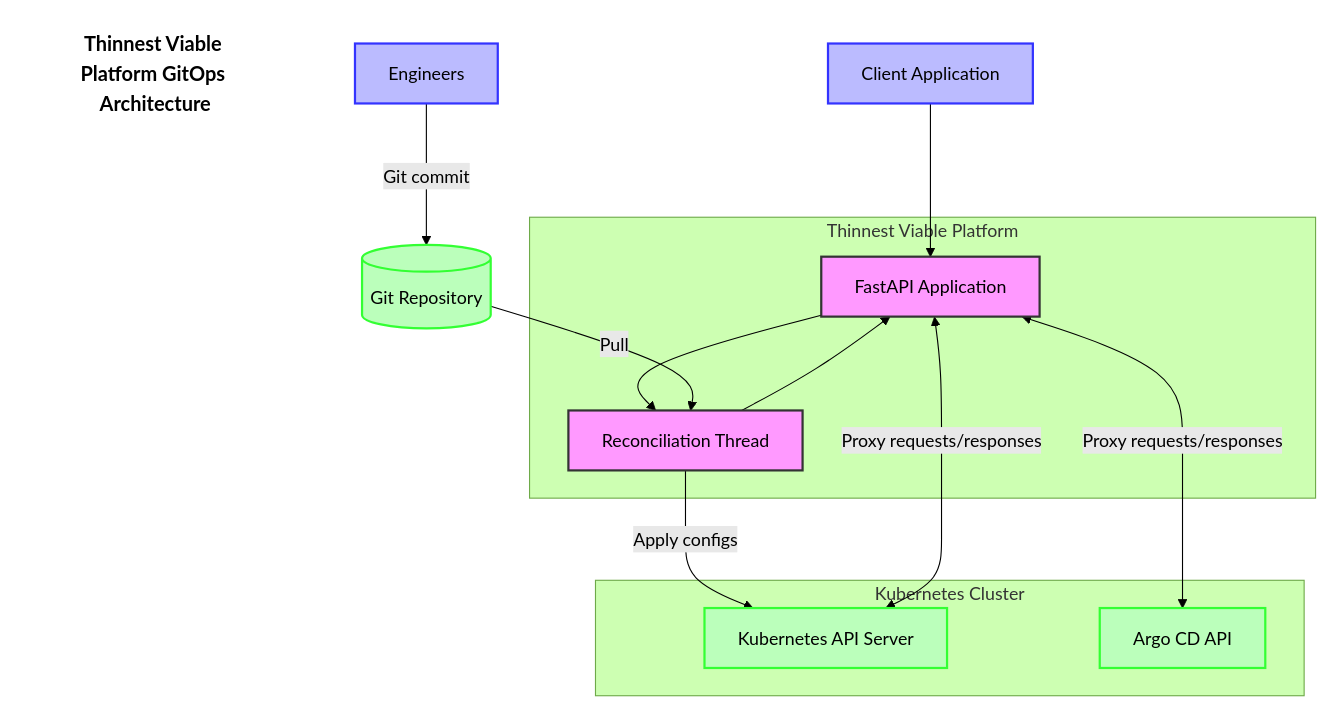
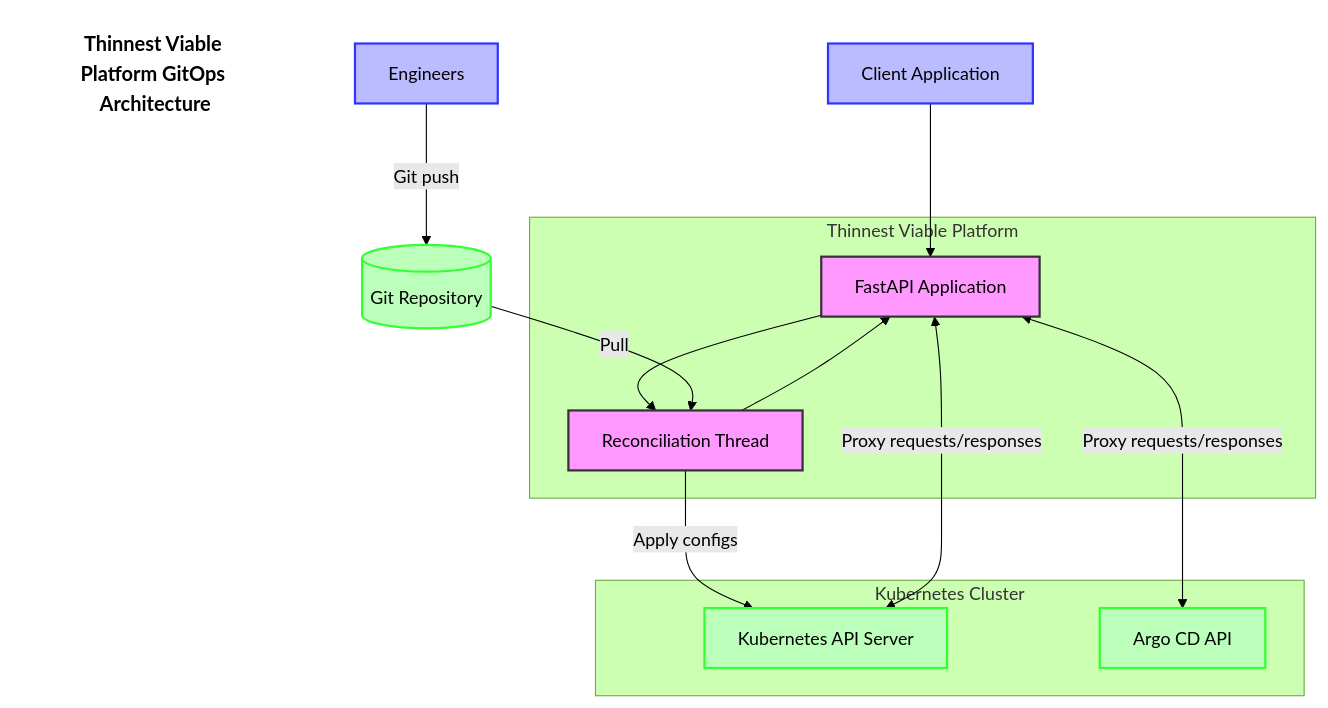
The diagram in fastapi/mermaid/tvp-gitops-architecture-diagram.mermaid (lloydchang/tvp-k8s), drawn with Mermaid (forest theme) before and after one commit.

```diff
--- a/fastapi/mermaid/tvp-gitops-architecture-diagram.mermaid
+++ b/fastapi/mermaid/tvp-gitops-architecture-diagram.mermaid
@@ -1,31 +1,31 @@
 flowchart TB
     title[Thinnest Viable Platform GitOps Architecture]
     style title fill:none,stroke:none,font-size:18px,font-weight:bold
     subgraph "Thinnest Viable Platform"
         API[FastAPI Application]
         RT[Reconciliation Thread]
         
         API --> RT
         RT --> API
     end
     
-    Eng[Engineers] -->|Git commit| GitRepo[(Git Repository)]
+    Eng[Engineers] -->|Git push| GitRepo[(Git Repository)]
     GitRepo -->|Pull| RT
     RT -->|Apply configs| KubernetesAPI
     
     subgraph "Kubernetes Cluster"
         KubernetesAPI[Kubernetes API Server]
         ArgoCD[Argo CD API]
     end
     
     Client[Client Application] --> API
     API <-->|Proxy requests/responses| KubernetesAPI
     API <-->|Proxy requests/responses| ArgoCD
     
     classDef platform fill:#f9f,stroke:#333,stroke-width:2px
     classDef external fill:#bfb,stroke:#3f3,stroke-width:2px
     classDef user fill:#bbf,stroke:#33f,stroke-width:2px
     
     class API,RT platform
     class KubernetesAPI,ArgoCD,GitRepo external
     class Eng,Client user
```
